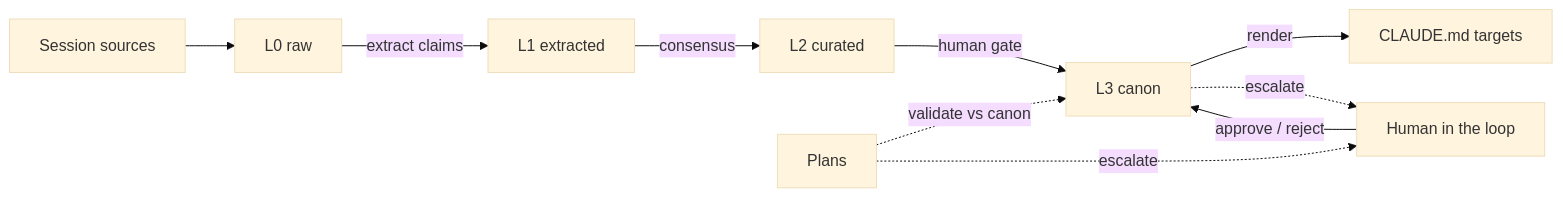
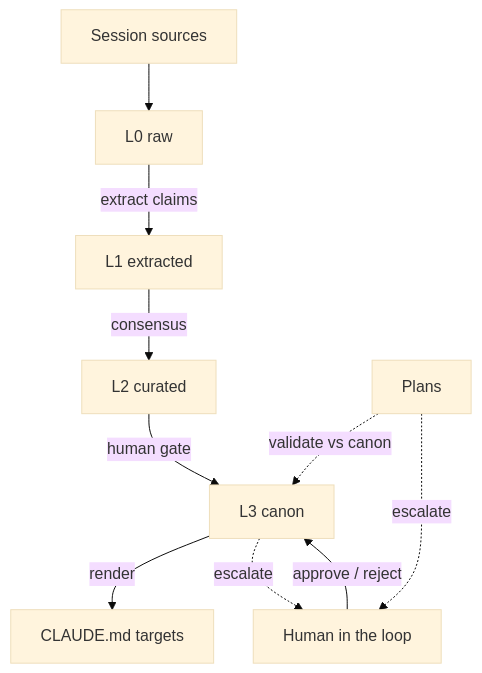
Before and after one commit to stephengardner/layered-autonomous-governance: the first of 2 diagrams in README.md, drawn with Mermaid (base theme). The commit also changed other lines of this file and 1 other file, not shown here.

````diff
--- a/README.md
+++ b/README.md
@@ -45,13 +49,13 @@
 ```mermaid
-%%{init: {'flowchart': {'diagramPadding': 40, 'nodeSpacing': 40, 'rankSpacing': 50}}}%%
-flowchart LR
+%%{init: {'flowchart': {'diagramPadding': 24, 'nodeSpacing': 40, 'rankSpacing': 48}}}%%
+flowchart TB
   SRC[Session sources] --> L0[L0 raw]
   L0 -->|extract claims| L1[L1 extracted]
   L1 -->|consensus| L2[L2 curated]
   L2 -->|human gate| L3[L3 canon]
   L3 -->|render| MD[CLAUDE.md targets]
   HIL[Human in the loop] -->|approve / reject| L3
   L3 -.escalate.-> HIL
   PLAN[Plans] -.validate vs canon.-> L3
   PLAN -.escalate.-> HIL
 ```
````
